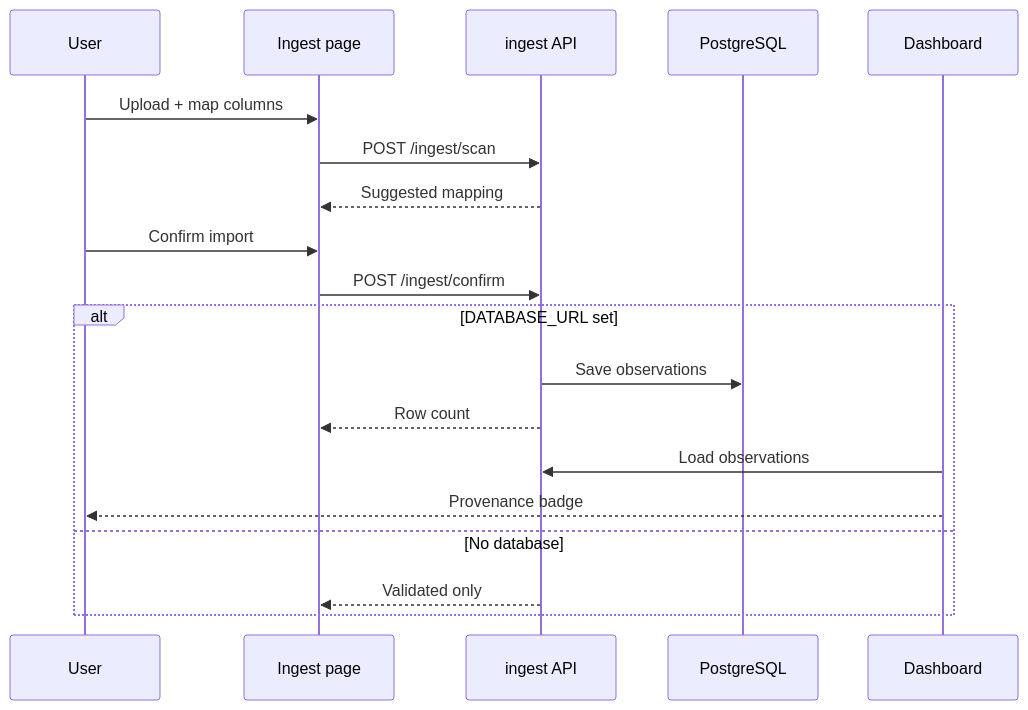
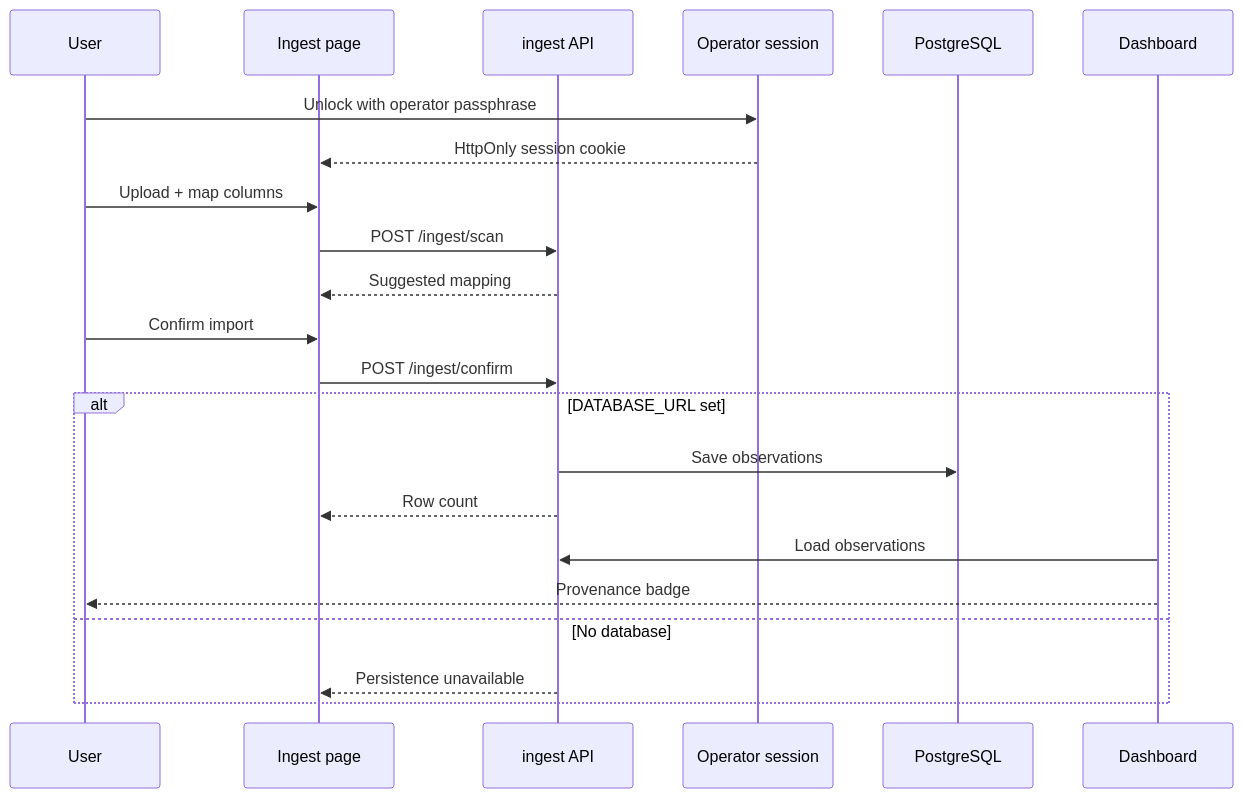
Before and after one commit to tseten14/NDC-Dashboard: the sixth of 12 diagrams in docs/dev/system-design.md, drawn with Mermaid. The commit also changed other lines of this file and 20 other files, not shown here.

````diff
--- a/docs/dev/system-design.md
+++ b/docs/dev/system-design.md
@@ -199,22 +199,25 @@
 ```mermaid
 sequenceDiagram
   participant User
   participant SPA as Ingest page
   participant API as ingest API
+  participant Auth as Operator session
   participant PG as PostgreSQL
   participant Dash as Dashboard
 
+  User->>Auth: Unlock with operator passphrase
+  Auth-->>SPA: HttpOnly session cookie
   User->>SPA: Upload + map columns
   SPA->>API: POST /ingest/scan
   API-->>SPA: Suggested mapping
   User->>SPA: Confirm import
   SPA->>API: POST /ingest/confirm
   alt DATABASE_URL set
     API->>PG: Save observations
     API-->>SPA: Row count
     Dash->>API: Load observations
     Dash-->>User: Provenance badge
   else No database
-    API-->>SPA: Validated only
+    API-->>SPA: Persistence unavailable
   end
 ```
````
